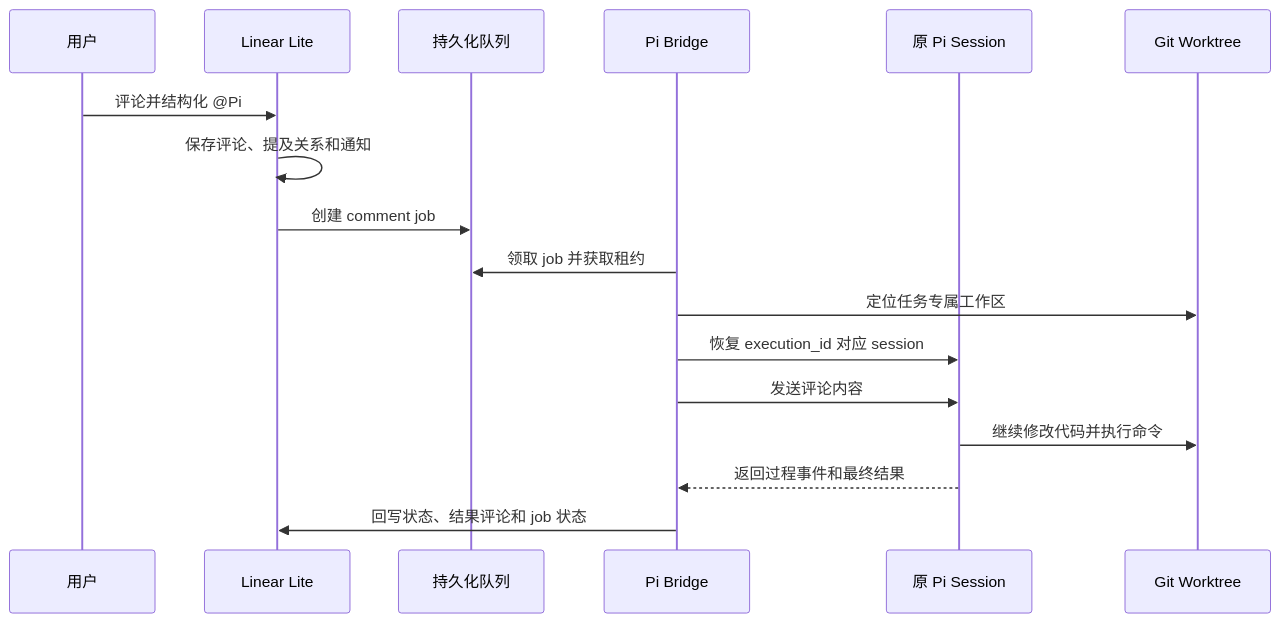
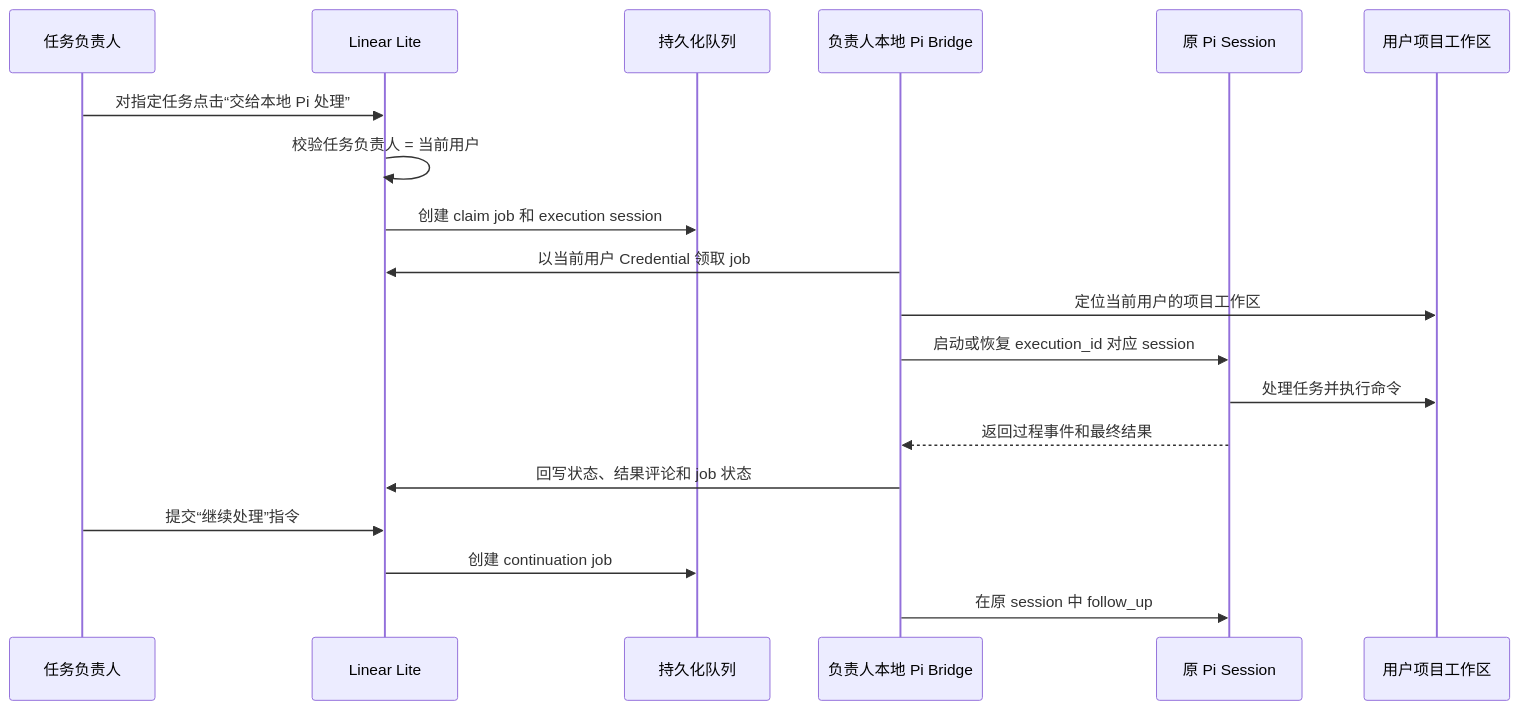
One commit to hzwjs/linear-lite changed the second of 2 diagrams in docs/linear-lite-pi-integration-plan.md. Above: the diagram before and after it, drawn with Mermaid. The commit also changed other lines of this file and 38 other files, not shown here.

````diff
--- a/docs/linear-lite-pi-integration-plan.md
+++ b/docs/linear-lite-pi-integration-plan.md
@@ -200,20 +222,22 @@
 ```mermaid
 sequenceDiagram
-    participant U as 用户
+    participant U as 任务负责人
     participant L as Linear Lite
     participant Q as 持久化队列
-    participant B as Pi Bridge
+    participant B as 负责人本地 Pi Bridge
     participant P as 原 Pi Session
-    participant W as Git Worktree
+    participant W as 用户项目工作区
 
-    U->>L: 评论并结构化 @Pi
-    L->>L: 保存评论、提及关系和通知
-    L->>Q: 创建 comment job
-    B->>Q: 领取 job 并获取租约
-    B->>W: 定位任务专属工作区
-    B->>P: 恢复 execution_id 对应 session
-    B->>P: 发送评论内容
-    P->>W: 继续修改代码并执行命令
+    U->>L: 对指定任务点击“交给本地 Pi 处理”
+    L->>L: 校验任务负责人 = 当前用户
+    L->>Q: 创建 claim job 和 execution session
+    B->>L: 以当前用户 Credential 领取 job
+    B->>W: 定位当前用户的项目工作区
+    B->>P: 启动或恢复 execution_id 对应 session
+    P->>W: 处理任务并执行命令
     P-->>B: 返回过程事件和最终结果
     B->>L: 回写状态、结果评论和 job 状态
+    U->>L: 提交“继续处理”指令
+    L->>Q: 创建 continuation job
+    B->>P: 在原 session 中 follow_up
 ```
````
